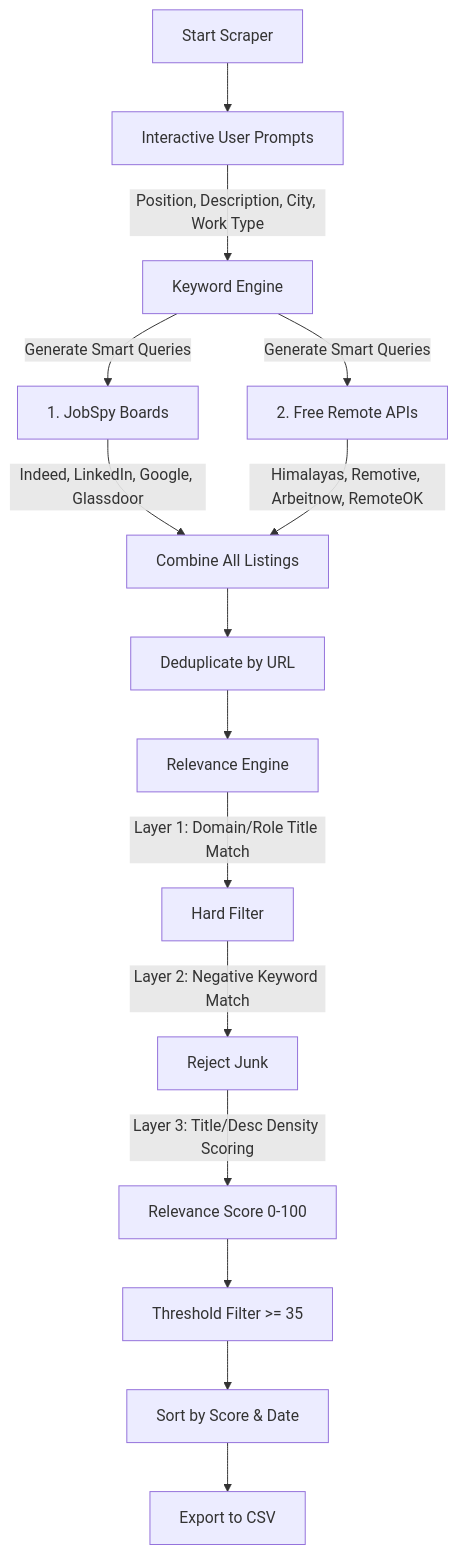
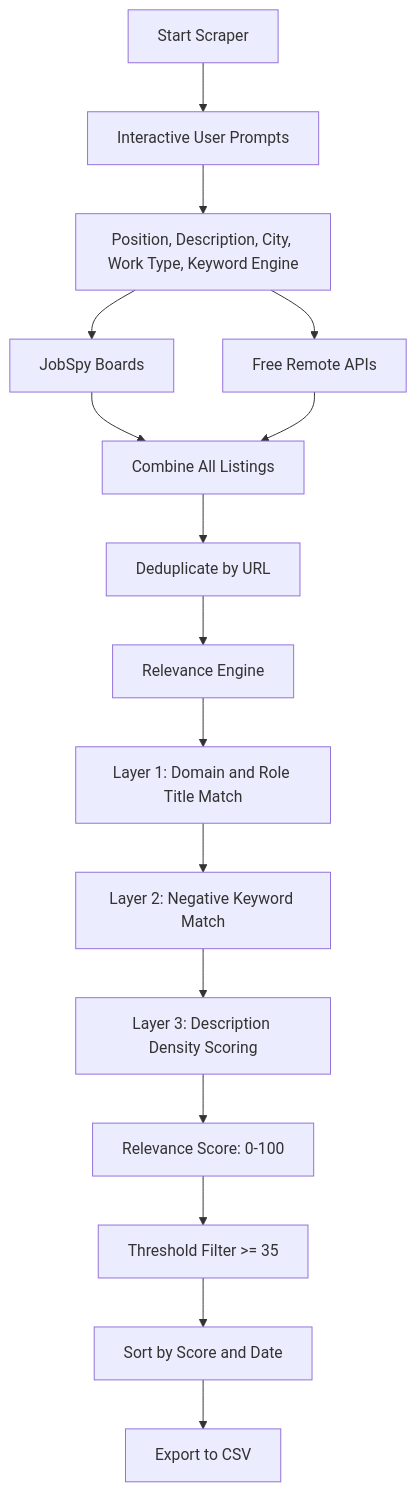
One commit to heyhusn/job-scraper changed the diagram in README.md. Above: the diagram before and after it, drawn with Mermaid.

Commit message:
Revise flowchart syntax in README
Updated the flowchart in the README to use quotes for better clarity and consistency.

````diff
--- a/README.md
+++ b/README.md
@@ -16,22 +16,26 @@
 ```mermaid
 graph TD
-    A[Start Scraper] --> B[Interactive User Prompts]
-    B -->|Position, Description, City, Work Type| C[Keyword Engine]
-    
-    C -->|Generate Smart Queries| D[1. JobSpy Boards]
-    C -->|Generate Smart Queries| E[2. Free Remote APIs]
-    
-    D -->|Indeed, LinkedIn, Google, Glassdoor| F[Combine All Listings]
-    E -->|Himalayas, Remotive, Arbeitnow, RemoteOK| F
-    
-    F --> G[Deduplicate by URL]
-    G --> H[Relevance Engine]
-    
-    H -->|Layer 1: Domain/Role Title Match| I[Hard Filter]
-    I -->|Layer 2: Negative Keyword Match| J[Reject Junk]
-    J -->|Layer 3: Title/Desc Density Scoring| K[Relevance Score 0-100]
-    
-    K --> L[Threshold Filter >= 35]
-    L --> M[Sort by Score & Date]
-    M --> N[Export to CSV]
+
+A["Start Scraper"] --> B["Interactive User Prompts"]
+
+B --> C["Position, Description, City, Work Type, Keyword Engine"]
+
+C --> D["JobSpy Boards"]
+C --> E["Free Remote APIs"]
+
+D --> F["Combine All Listings"]
+E --> F
+
+F --> G["Deduplicate by URL"]
+G --> H["Relevance Engine"]
+
+H --> I["Layer 1: Domain and Role Title Match"]
+I --> J["Layer 2: Negative Keyword Match"]
+J --> K["Layer 3: Description Density Scoring"]
+
+K --> L["Relevance Score: 0-100"]
+
+L --> M["Threshold Filter >= 35"]
+M --> N["Sort by Score and Date"]
+N --> O["Export to CSV"]
 ```
````
